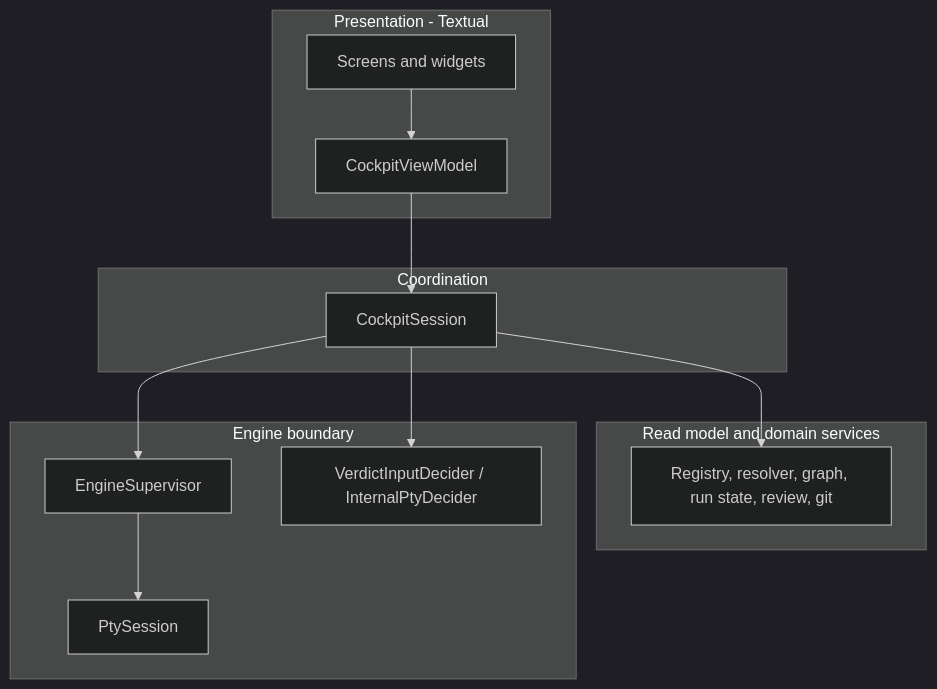
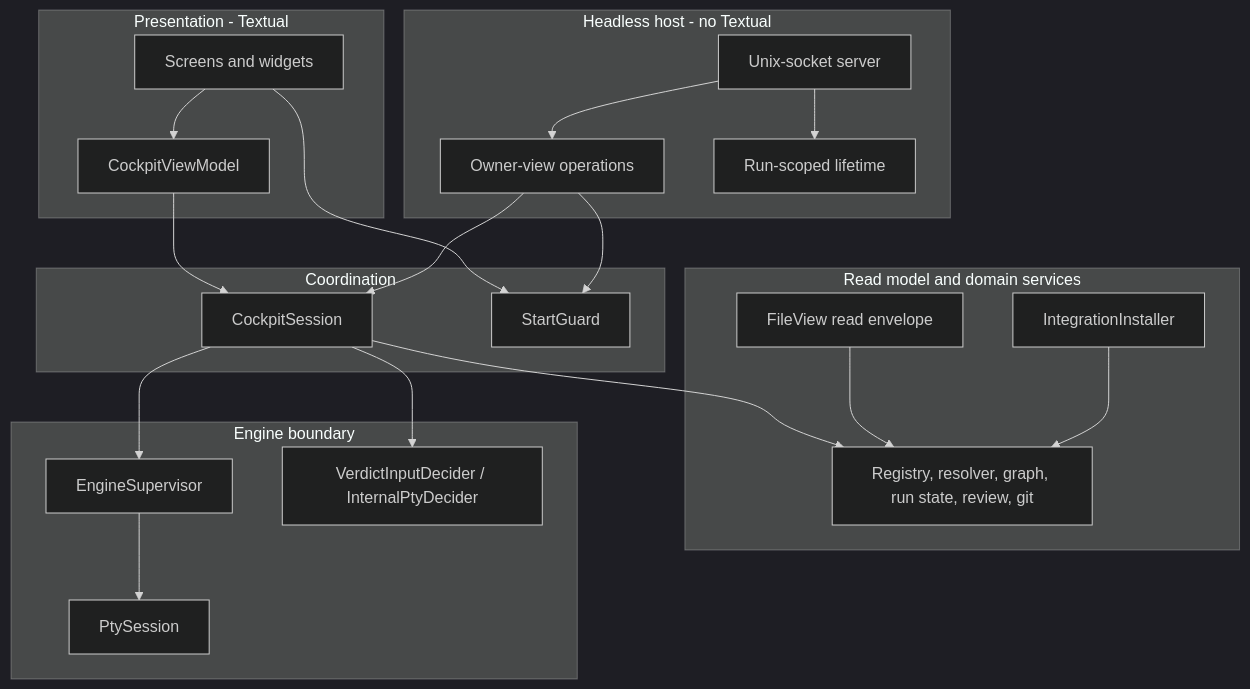
Before and after one commit to markuswondrak/spec-kit-workflow-cockpit: the diagram in docs/architecture/05-building-block-view.md, drawn with Mermaid (dark theme). The commit also changed other lines of this file and 47 other files, not shown here.

Commit message:
feat: Shared frontend foundation: read command, integration installer, headless host (#42)

````diff
--- a/docs/architecture/05-building-block-view.md
+++ b/docs/architecture/05-building-block-view.md
@@ -10,22 +10,36 @@
 ```mermaid
 flowchart TB
     subgraph presentation[Presentation - Textual]
         screens[Screens and widgets]
         viewmodel[CockpitViewModel]
     end
+    subgraph host[Headless host - no Textual]
+        socket[Unix-socket server]
+        ops[Owner-view operations]
+        lifetime[Run-scoped lifetime]
+    end
     subgraph coordination[Coordination]
         session[CockpitSession]
+        guard[StartGuard]
     end
     subgraph domain[Read model and domain services]
         services[Registry, resolver, graph, run state, review, git]
+        envelope[FileView read envelope]
+        installer[IntegrationInstaller]
     end
     subgraph boundary[Engine boundary]
         supervisor[EngineSupervisor]
         pty[PtySession]
         deciders[VerdictInputDecider / InternalPtyDecider]
     end
     screens --> viewmodel --> session
+    screens --> guard
+    socket --> ops --> session
+    socket --> lifetime
+    ops --> guard
     session --> services
     session --> supervisor --> pty
     session --> deciders
+    envelope --> services
+    installer --> services
 ```
````
